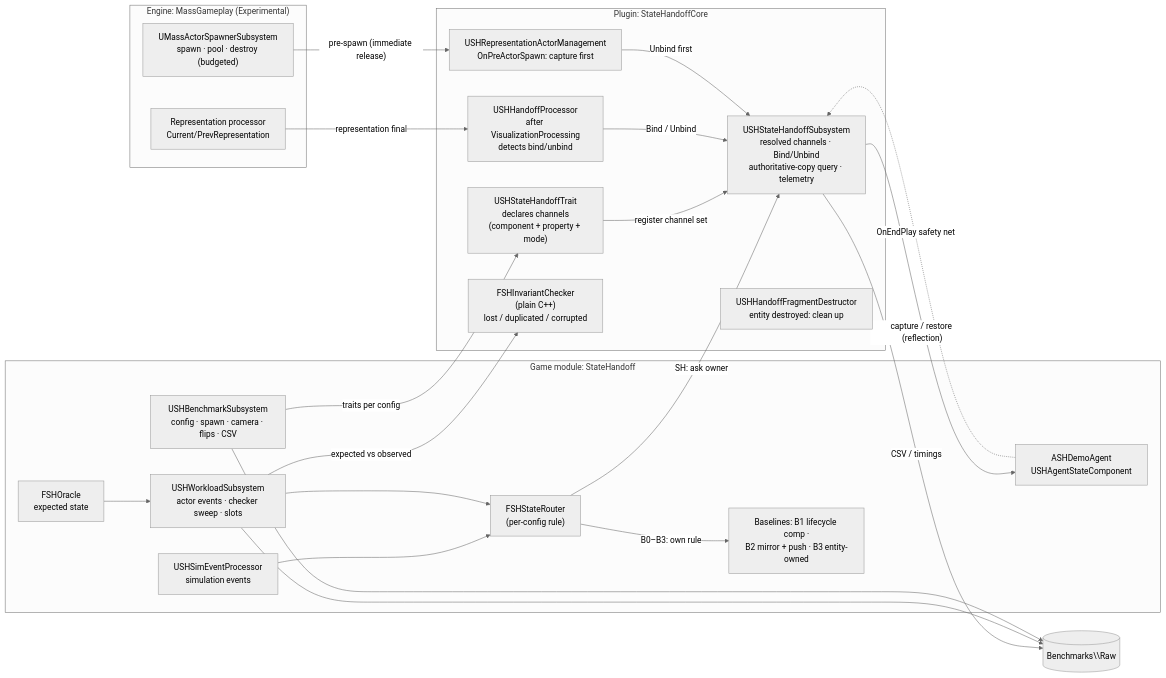
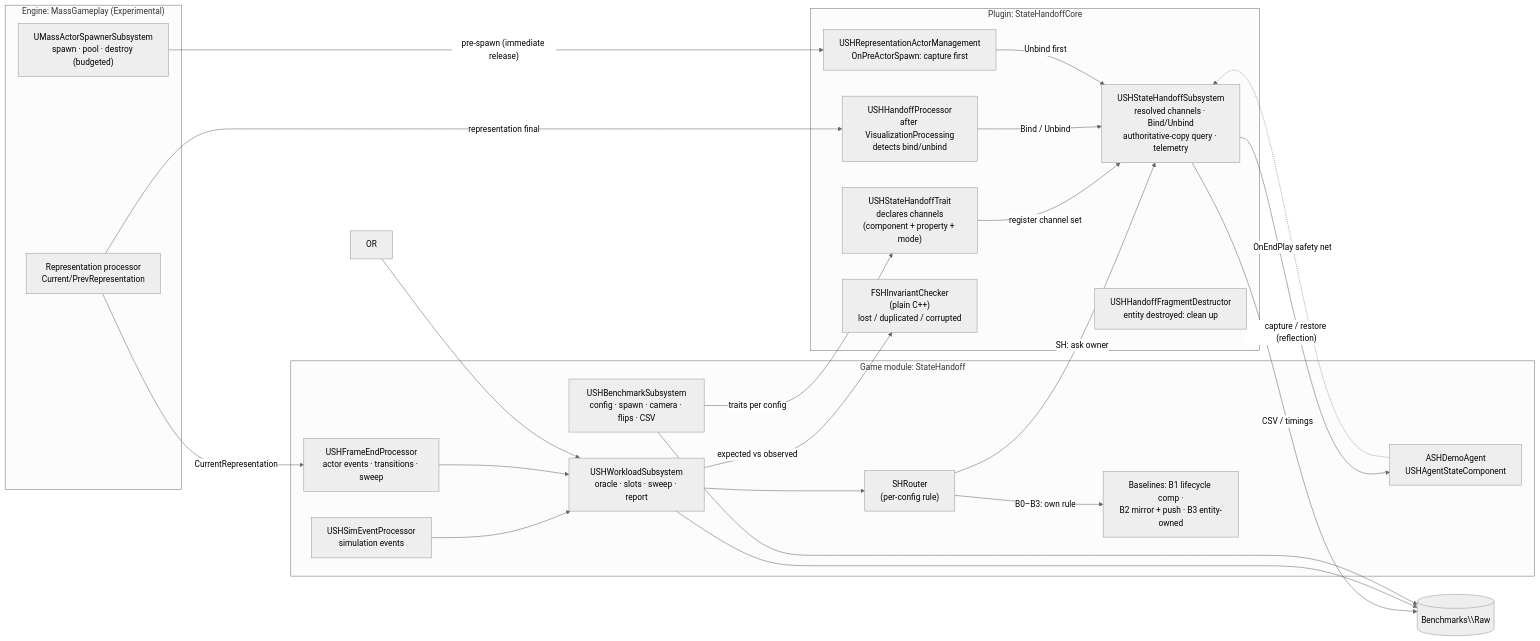
Before and after one commit to KrishGangani/UE5-StateHandoff: the first of 2 diagrams in Explanation/02_System_Architecture.md, drawn with Mermaid (neutral theme). The commit also changed other lines of this file and 42 other files, not shown here.

````diff
--- a/Explanation/02_System_Architecture.md
+++ b/Explanation/02_System_Architecture.md
@@ -131,41 +131,43 @@
 ```mermaid
 flowchart LR
   subgraph Core["Plugin: StateHandoffCore"]
     TR["USHStateHandoffTrait<br/>declares channels<br/>(component + property + mode)"]
     SUB["USHStateHandoffSubsystem<br/>resolved channels · Bind/Unbind<br/>authoritative-copy query · telemetry"]
     HP["USHHandoffProcessor<br/>after VisualizationProcessing<br/>detects bind/unbind"]
     AM["USHRepresentationActorManagement<br/>OnPreActorSpawn: capture first"]
     DES["USHHandoffFragmentDestructor<br/>entity destroyed: clean up"]
     CHK["FSHInvariantChecker<br/>(plain C++)<br/>lost / duplicated / corrupted"]
   end
   subgraph Mass["Engine: MassGameplay (Experimental)"]
     VIS["Representation processor<br/>Current/PrevRepresentation"]
     SPAWN["UMassActorSpawnerSubsystem<br/>spawn · pool · destroy (budgeted)"]
   end
   subgraph Game["Game module: StateHandoff"]
     DIR["USHBenchmarkSubsystem<br/>config · spawn · camera · flips · CSV"]
-    WL["USHWorkloadSubsystem<br/>actor events · checker sweep · slots"]
+    WL["USHWorkloadSubsystem<br/>oracle · slots · sweep · report"]
     SIM["USHSimEventProcessor<br/>simulation events"]
-    RT["FSHStateRouter<br/>(per-config rule)"]
-    OR["FSHOracle<br/>expected state"]
+    FE["USHFrameEndProcessor<br/>actor events · transitions · sweep"]
+    RT["SHRouter<br/>(per-config rule)"]
     AG["ASHDemoAgent<br/>USHAgentStateComponent"]
     BL["Baselines: B1 lifecycle comp ·<br/>B2 mirror + push · B3 entity-owned"]
   end
   DIR -->|"traits per config"| TR
   TR -->|"register channel set"| SUB
   VIS -->|"representation final"| HP
   HP -->|"Bind / Unbind"| SUB
   SPAWN -->|"pre-spawn (immediate release)"| AM
   AM -->|"Unbind first"| SUB
   SUB -->|"capture / restore (reflection)"| AG
   AG -.->|"OnEndPlay safety net"| SUB
-  SIM --> RT
+  SIM --> WL
+  FE --> WL
+  VIS -->|"CurrentRepresentation"| FE
   WL --> RT
   RT -->|"SH: ask owner"| SUB
   RT -->|"B0–B3: own rule"| BL
   WL -->|"expected vs observed"| CHK
   OR --> WL
   SUB -->|"CSV / timings"| OUT[("Benchmarks\\Raw")]
   WL --> OUT
   DIR --> OUT
 ```
````
